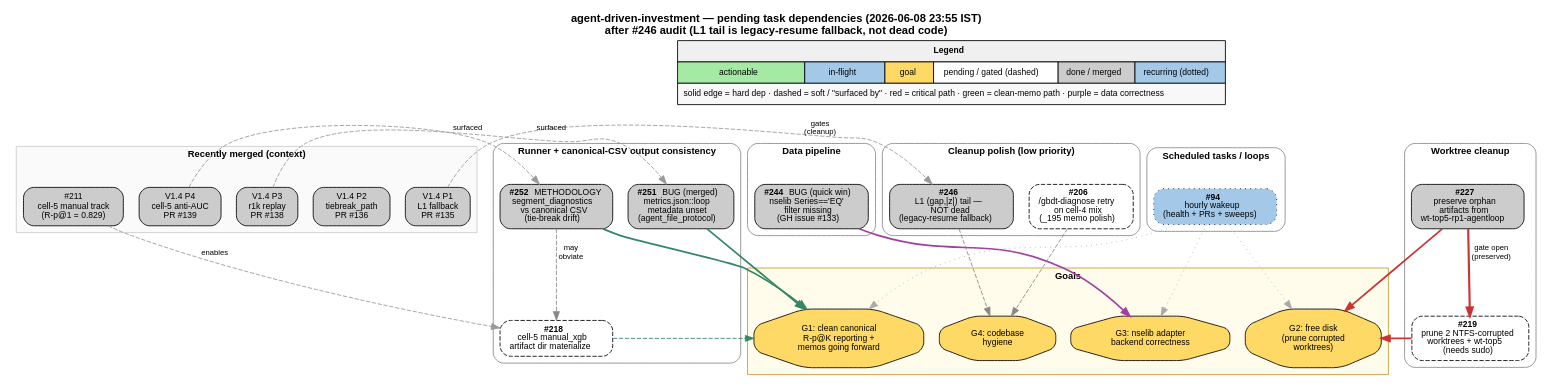
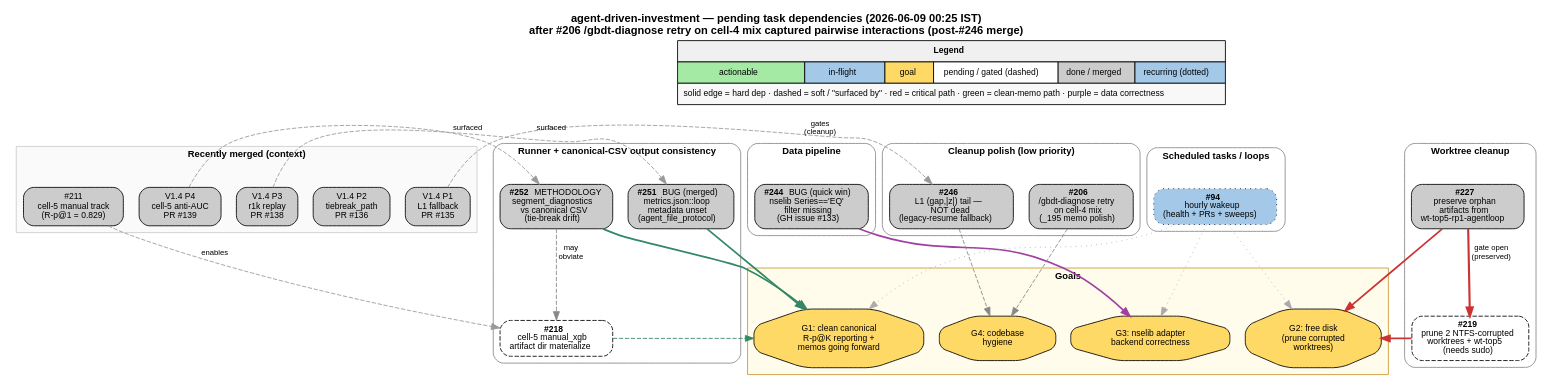
The diagram in docs/task_dependencies.dot (shayanrc/agent-driven-investment), drawn with Graphviz before and after one commit. The commit also changed 8 other files, not shown here.

```diff
--- a/docs/task_dependencies.dot
+++ b/docs/task_dependencies.dot
@@ -1,153 +1,153 @@
 digraph tasks {
   rankdir=TB;
   fontname="Helvetica";
   bgcolor="white";
   node [fontname="Helvetica", fontsize=10, shape=box, style="rounded,filled", margin="0.15,0.08"];
   edge [fontname="Helvetica", fontsize=9];
-  graph [labelloc="t", label="agent-driven-investment — pending task dependencies (2026-06-08 23:55 IST)\nafter #246 audit (L1 tail is legacy-resume fallback, not dead code)", fontsize=13, fontname="Helvetica-Bold"];
+  graph [labelloc="t", label="agent-driven-investment — pending task dependencies (2026-06-09 00:25 IST)\nafter #206 /gbdt-diagnose retry on cell-4 mix captured pairwise interactions (post-#246 merge)", fontsize=13, fontname="Helvetica-Bold"];
 
   // Legend in isolated top rank
   {
     rank=source;
     legend [shape=none, margin=0, label=<
       <TABLE BORDER="0" CELLBORDER="1" CELLSPACING="0" CELLPADDING="6">
         <TR><TD COLSPAN="6" BGCOLOR="#f0f0f0"><B>Legend</B></TD></TR>
         <TR>
           <TD BGCOLOR="#a4e9a4">actionable</TD>
           <TD BGCOLOR="#a3c8e8">in-flight</TD>
           <TD BGCOLOR="#ffd966">goal</TD>
           <TD BGCOLOR="#ffffff">pending / gated (dashed)</TD>
           <TD BGCOLOR="#cccccc">done / merged</TD>
           <TD BGCOLOR="#a3c8e8">recurring (dotted)</TD>
         </TR>
         <TR><TD COLSPAN="6" BGCOLOR="#f8f8f8">solid edge = hard dep · dashed = soft / "surfaced by" · red = critical path · green = clean-memo path · purple = data correctness</TD></TR>
       </TABLE>
     >];
   }
 
   // Done cluster
   subgraph cluster_done {
     label = "Recently merged (context)";
     style = "filled";
     fillcolor = "#fafafa";
     color = "#cccccc";
     fontname = "Helvetica-Bold";
     fontsize = 11;
 
     v14p1 [label="V1.4 P1\nL1 fallback\nPR #135", fillcolor="#cccccc"];
     v14p2 [label="V1.4 P2\ntiebreak_path\nPR #136", fillcolor="#cccccc"];
     v14p3 [label="V1.4 P3\nr1k replay\nPR #138", fillcolor="#cccccc"];
     v14p4 [label="V1.4 P4\ncell-5 anti-AUC\nPR #139", fillcolor="#cccccc"];
     cell5_manual [label="#211\ncell-5 manual track\n(R-p@1 = 0.829)", fillcolor="#cccccc"];
   }
 
   // Runner / methodology cluster
   subgraph cluster_runner {
     label = "Runner + canonical-CSV output consistency";
     style = "rounded";
     color = "#888888";
     fontname = "Helvetica-Bold";
     fontsize = 11;
 
     t251 [label=<<B>#251</B> BUG (merged)<BR/>metrics.json::loop<BR/>metadata unset<BR/>(agent_file_protocol)>, fillcolor="#cccccc"];
     t252 [label=<<B>#252</B> METHODOLOGY<BR/>segment_diagnostics<BR/>vs canonical CSV<BR/>(tie-break drift)>, fillcolor="#cccccc"];
     t218 [label=<<B>#218</B><BR/>cell-5 manual_xgb<BR/>artifact dir materialize>, fillcolor="#ffffff", style="rounded,filled,dashed"];
   }
 
   // Data pipeline
   subgraph cluster_data {
     label = "Data pipeline";
     style = "rounded";
     color = "#888888";
     fontname = "Helvetica-Bold";
     fontsize = 11;
 
     t244 [label=<<B>#244</B> BUG (quick win)<BR/>nselib Series=='EQ'<BR/>filter missing<BR/>(GH issue #133)>, fillcolor="#cccccc"];
   }
 
   // Worktree cleanup cluster
   subgraph cluster_worktree {
     label = "Worktree cleanup";
     style = "rounded";
     color = "#888888";
     fontname = "Helvetica-Bold";
     fontsize = 11;
 
     t227 [label=<<B>#227</B><BR/>preserve orphan<BR/>artifacts from<BR/>wt-top5-rp1-agentloop>, fillcolor="#cccccc"];
     t219 [label=<<B>#219</B><BR/>prune 2 NTFS-corrupted<BR/>worktrees + wt-top5<BR/>(needs sudo)>, fillcolor="#ffffff", style="rounded,filled,dashed"];
   }
 
   // Cleanup polish
   subgraph cluster_cleanup {
     label = "Cleanup polish (low priority)";
     style = "rounded";
     color = "#888888";
     fontname = "Helvetica-Bold";
     fontsize = 11;
 
     t246 [label=<<B>#246</B><BR/>L1 (gap,|z|) tail —<BR/>NOT dead<BR/>(legacy-resume fallback)>, fillcolor="#cccccc"];
-    t206 [label=<<B>#206</B><BR/>/gbdt-diagnose retry<BR/>on cell-4 mix<BR/>(_195 memo polish)>, fillcolor="#ffffff", style="rounded,filled,dashed"];
+    t206 [label=<<B>#206</B><BR/>/gbdt-diagnose retry<BR/>on cell-4 mix<BR/>(_195 memo polish)>, fillcolor="#cccccc", style="rounded,filled"];
   }
 
   // Scheduled / recurring
   subgraph cluster_recurring {
     label = "Scheduled tasks / loops";
     style = "rounded";
     color = "#888888";
     fontname = "Helvetica-Bold";
     fontsize = 11;
 
     t94 [label=<<B>#94</B><BR/>hourly wakeup<BR/>(health + PRs + sweeps)>, fillcolor="#a3c8e8", style="rounded,filled,dotted"];
   }
 
   // Goals
   subgraph cluster_goals {
     label = "Goals";
     style = "filled";
     fillcolor = "#fffcec";
     color = "#cc9933";
     fontname = "Helvetica-Bold";
     fontsize = 11;
 
     g1 [label="G1: clean canonical\nR-p@K reporting +\nmemos going forward", fillcolor="#ffd966", shape=octagon];
     g2 [label="G2: free disk\n(prune corrupted\nworktrees)", fillcolor="#ffd966", shape=octagon];
     g3 [label="G3: nselib adapter\nbackend correctness", fillcolor="#ffd966", shape=octagon];
     g4 [label="G4: codebase\nhygiene", fillcolor="#ffd966", shape=octagon];
   }
 
   // Invisible anchor edges (legend → cluster tops)
   legend -> v14p1 [style="invis", weight=100];
   legend -> t251 [style="invis", weight=100];
   legend -> t244 [style="invis", weight=100];
   legend -> t227 [style="invis", weight=100];
   legend -> t246 [style="invis", weight=100];
   legend -> t94 [style="invis", weight=100];
   legend -> g1 [style="invis", weight=100];
 
   // Done → pending: "surfaced by" / "gates" edges
   v14p3 -> t251 [style="dashed", color="#999999", label="surfaced"];
   v14p4 -> t252 [style="dashed", color="#999999", label="surfaced"];
   v14p1 -> t246 [style="dashed", color="#999999", label="gates\n(cleanup)"];
   cell5_manual -> t218 [style="dashed", color="#999999", label="enables"];
 
   // Hard deps within pending
   t227 -> t219 [color="#cc3333", penwidth=2.5, label="gate open\n(preserved)"];
 
   // Soft deps: #252 may obviate #218
   t252 -> t218 [style="dashed", color="#888888", label="may\nobviate"];
 
   // Pending → goals (colored per workstream)
   t251 -> g1 [color="#338866", penwidth=2];
   t252 -> g1 [color="#338866", penwidth=2];
   t218 -> g1 [style="dashed", color="#338866"];
   t227 -> g2 [color="#cc3333", penwidth=2];
   t219 -> g2 [color="#cc3333", penwidth=2];
   t244 -> g3 [color="#a040a0", penwidth=2];
   t246 -> g4 [style="dashed", color="#888888"];
   t206 -> g4 [style="dashed", color="#888888"];
 
   // Recurring task supervises (dotted)
   t94 -> g1 [style="dotted", color="#aaaaaa"];
   t94 -> g2 [style="dotted", color="#aaaaaa"];
   t94 -> g3 [style="dotted", color="#aaaaaa"];
 }
```
